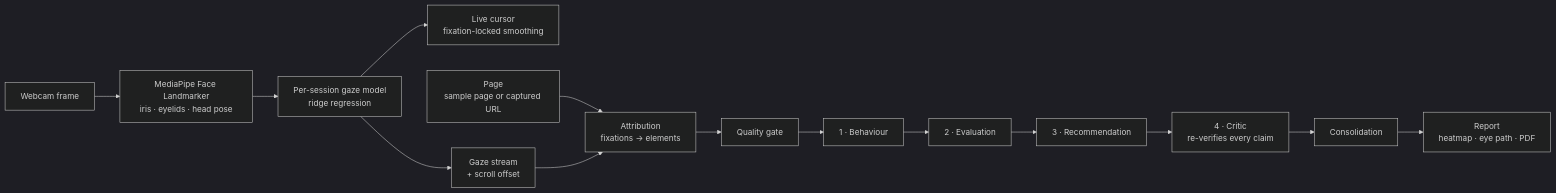
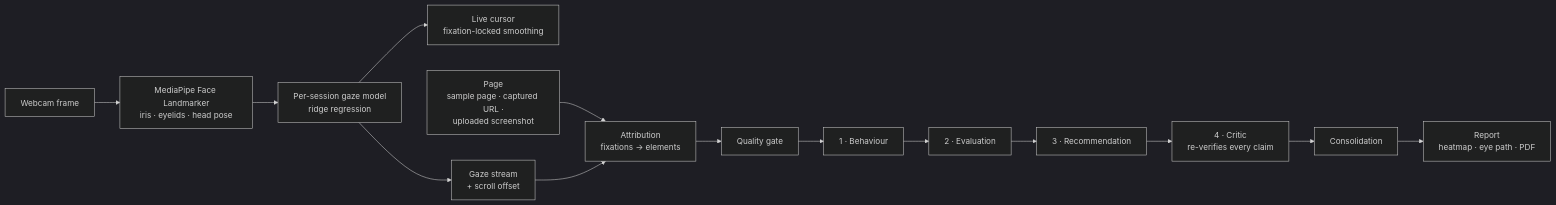
The diagram in README.md (goyalnishtha841/gazelens), drawn with Mermaid (dark theme) before and after one commit. The commit also changed other lines of this file and 32 other files, not shown here.

````diff
--- a/README.md
+++ b/README.md
@@ -119,16 +126,16 @@
 ```mermaid
 flowchart LR
     A[Webcam frame] --> B[MediaPipe Face Landmarker<br/>iris · eyelids · head pose]
     B --> C[Per-session gaze model<br/>ridge regression]
     C --> D[Live cursor<br/>fixation-locked smoothing]
     C --> E[Gaze stream<br/>+ scroll offset]
-    P[Page<br/>sample page or captured URL] --> F
+    P[Page<br/>sample page · captured URL ·<br/>uploaded screenshot] --> F
     E --> F[Attribution<br/>fixations → elements]
     F --> G[Quality gate]
     G --> H1[1 · Behaviour]
     H1 --> H2[2 · Evaluation]
     H2 --> H3[3 · Recommendation]
     H3 --> H4[4 · Critic<br/>re-verifies every claim]
     H4 --> I[Consolidation]
     I --> R[Report<br/>heatmap · eye path · PDF]
 ```
````
